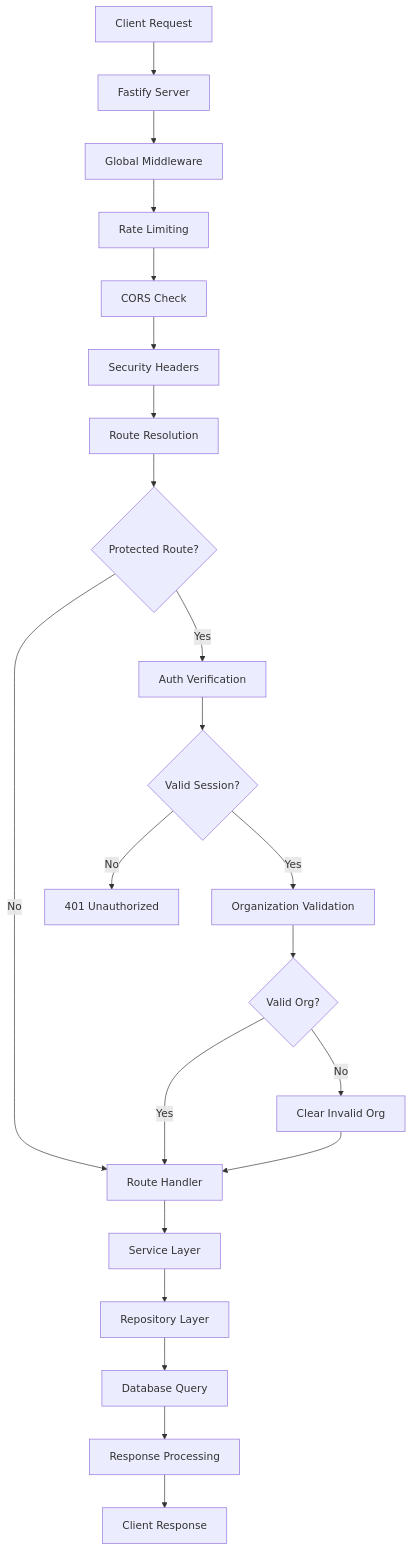
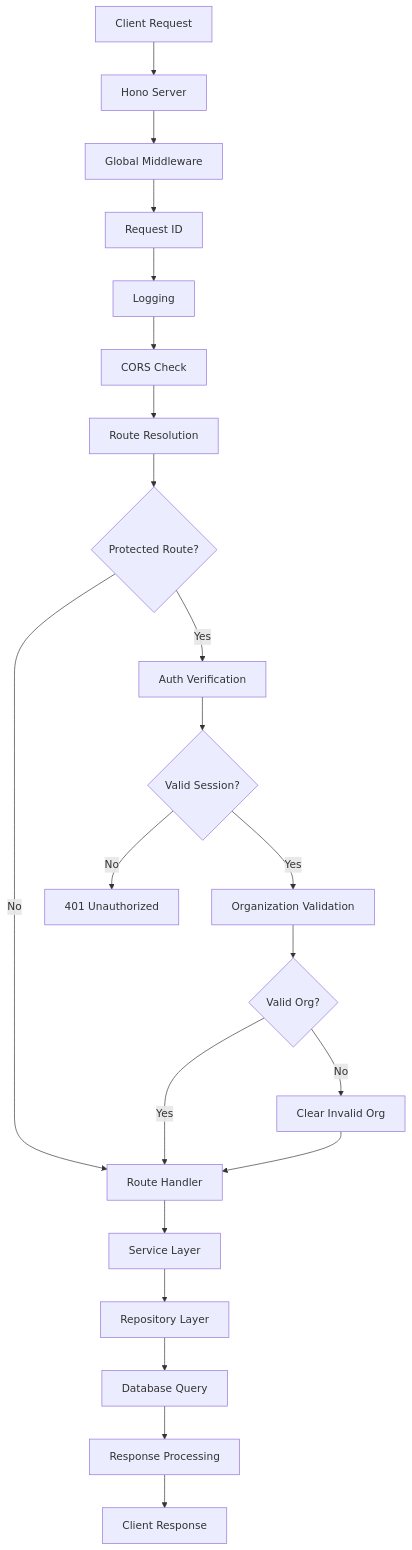
One commit to Blawby/blawby-backend changed the third of 24 diagrams in README.md. Above: the diagram before and after it, drawn with Mermaid. The commit also changed other lines of this file and 8 other files, not shown here.

````diff
--- a/README.md
+++ b/README.md
@@ -207,24 +211,24 @@
 ```mermaid
 graph TD
-    A[Client Request] --> B[Fastify Server]
+    A[Client Request] --> B[Hono Server]
     B --> C[Global Middleware]
-    C --> D[Rate Limiting]
-    D --> E[CORS Check]
-    E --> F[Security Headers]
+    C --> D[Request ID]
+    D --> E[Logging]
+    E --> F[CORS Check]
     F --> G[Route Resolution]
     G --> H{Protected Route?}
     H -->|Yes| I[Auth Verification]
     H -->|No| J[Route Handler]
     I --> K{Valid Session?}
     K -->|Yes| L[Organization Validation]
     K -->|No| M[401 Unauthorized]
     L --> N{Valid Org?}
     N -->|Yes| J[Route Handler]
     N -->|No| O[Clear Invalid Org]
     O --> J[Route Handler]
     J --> P[Service Layer]
     P --> Q[Repository Layer]
     Q --> R[Database Query]
     R --> S[Response Processing]
     S --> T[Client Response]
 ```
````
